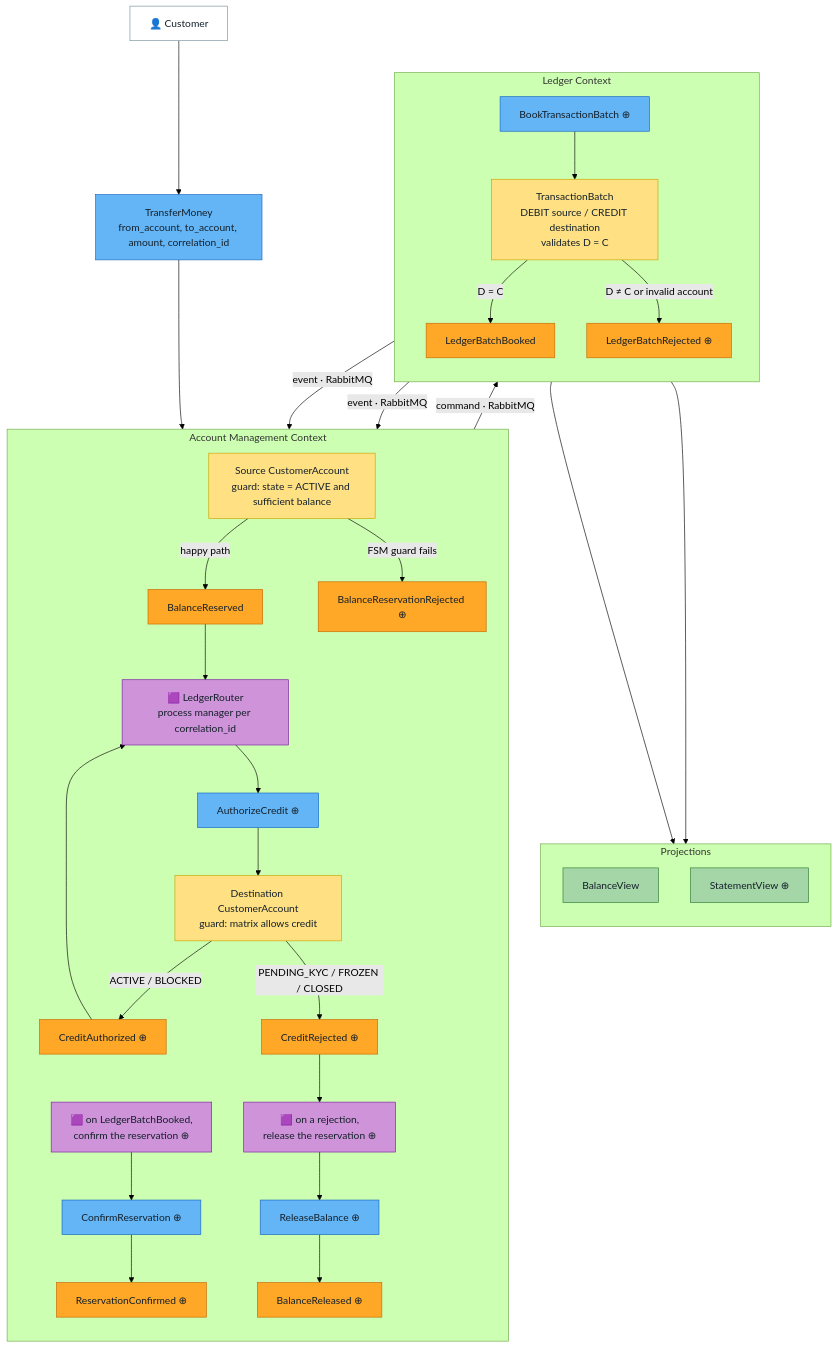
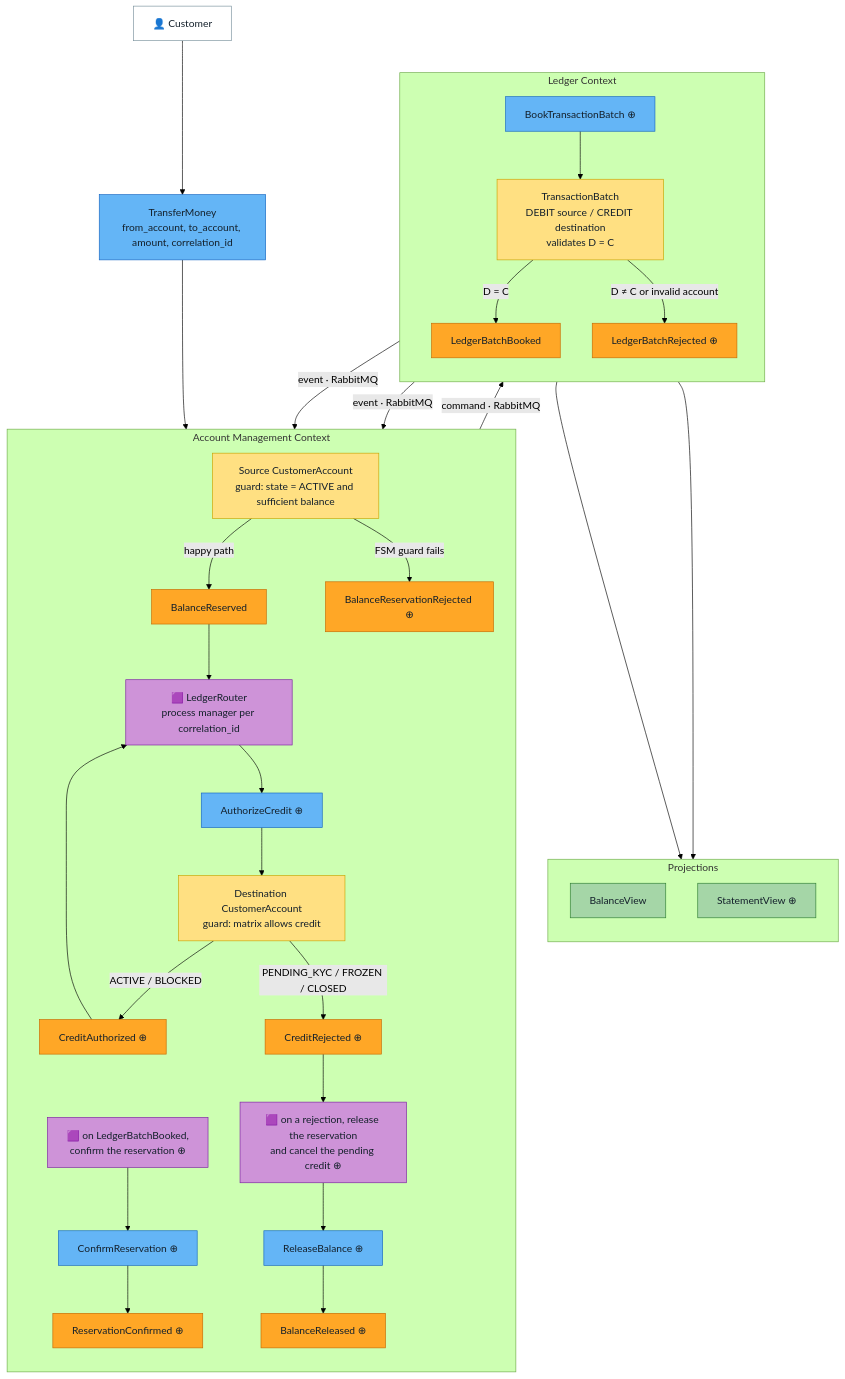
One commit to LuanDc/banking changed the fourth of 6 diagrams in README.md. Above: the diagram before and after it, drawn with Mermaid (forest theme). The commit also changed other lines of this file, not shown here.

````diff
--- a/README.md
+++ b/README.md
@@ -244,68 +244,68 @@
 ```mermaid
 flowchart TB
     A["👤 Customer"]:::actor
     C0["TransferMoney<br/>from_account, to_account, amount, correlation_id"]:::cmd
 
     subgraph AM["Account Management Context"]
         direction TB
         AGG1["Source CustomerAccount<br/>guard: state = ACTIVE and sufficient balance"]:::agg
         EV1["BalanceReserved"]:::evt
         EV2["BalanceReservationRejected ⊕"]:::evt
         CX["ReleaseBalance ⊕"]:::cmd
         EVX["BalanceReleased ⊕"]:::evt
         CY["ConfirmReservation ⊕"]:::cmd
         EVY["ReservationConfirmed ⊕"]:::evt
         POL["🟪 LedgerRouter<br/>process manager per correlation_id"]:::pol
         CZ["AuthorizeCredit ⊕"]:::cmd
         AGG3["Destination CustomerAccount<br/>guard: matrix allows credit"]:::agg
         EVA["CreditAuthorized ⊕"]:::evt
         EVR["CreditRejected ⊕"]:::evt
         POLOK["🟪 on LedgerBatchBooked,<br/>confirm the reservation ⊕"]:::pol
-        POLKO["🟪 on a rejection,<br/>release the reservation ⊕"]:::pol
+        POLKO["🟪 on a rejection, release the reservation<br/>and cancel the pending credit ⊕"]:::pol
     end
 
     subgraph LG["Ledger Context"]
         direction TB
         CB["BookTransactionBatch ⊕"]:::cmd
         AGG2["TransactionBatch<br/>DEBIT source / CREDIT destination<br/>validates D = C"]:::agg
         EV3["LedgerBatchBooked"]:::evt
         EV4["LedgerBatchRejected ⊕"]:::evt
     end
 
     subgraph PJ["Projections"]
         direction TB
         RM1["BalanceView"]:::rm
         RM2["StatementView ⊕"]:::rm
     end
 
     A --> C0
     C0 --> AGG1
     AGG1 -->|"happy path"| EV1
     AGG1 -->|"FSM guard fails"| EV2
     EV1 --> POL
     POL --> CZ
     CZ --> AGG3
     AGG3 -->|"ACTIVE / BLOCKED"| EVA
     AGG3 -->|"PENDING_KYC / FROZEN / CLOSED"| EVR
     EVA --> POL
     EVR --> POLKO
     POL -->|"command · RabbitMQ"| CB
     CB --> AGG2
     AGG2 -->|"D = C"| EV3
     AGG2 -->|"D ≠ C or invalid account"| EV4
     EV3 --> RM1
     EV3 --> RM2
     EV3 -->|"event · RabbitMQ"| POLOK
     POLOK --> CY
     CY --> EVY
     EV4 -->|"event · RabbitMQ"| POLKO
     POLKO --> CX
     CX --> EVX
 
     classDef evt fill:#FFA726,stroke:#C66900,color:#14202B
     classDef cmd fill:#64B5F6,stroke:#1565C0,color:#14202B
     classDef agg fill:#FFE082,stroke:#C8A300,color:#14202B
     classDef pol fill:#CE93D8,stroke:#7B1FA2,color:#14202B
     classDef rm fill:#A5D6A7,stroke:#2E7D32,color:#14202B
     classDef actor fill:#FFFFFF,stroke:#78909C,color:#14202B
 ```
````
